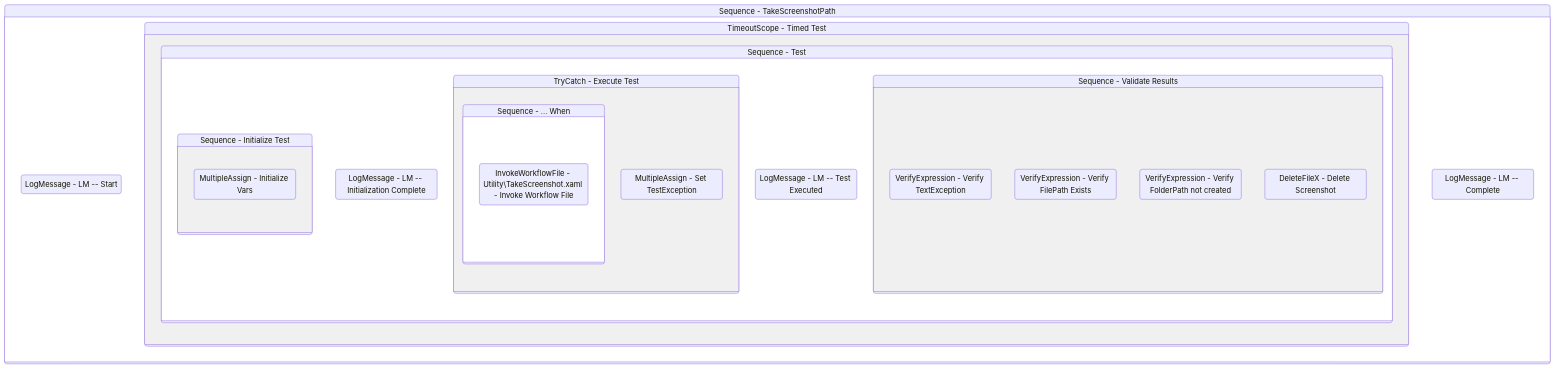
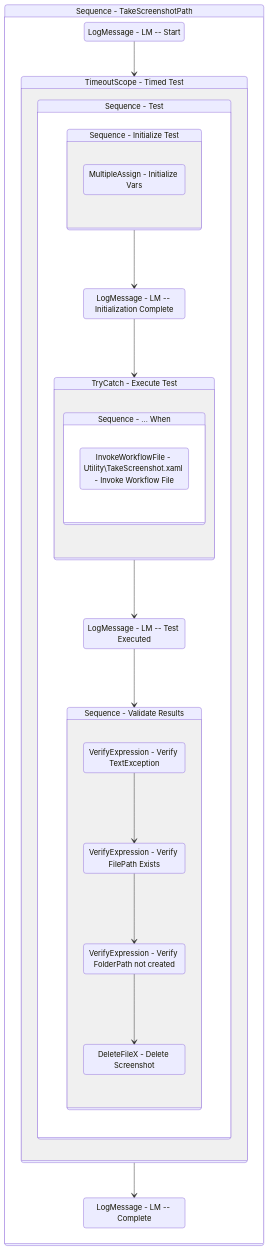
The diagram in Documentation/Tests/Utility/TakeScreenshot/TakeScreenshotPath.md (yashbrahmbhatt/LazyFramework), drawn with Mermaid before and after one commit. The commit also changed 78 other files, not shown here.

Commit message:
added handling of ifs in autodocs mermaid

````diff
--- a/Documentation/Tests/Utility/TakeScreenshot/TakeScreenshotPath.md
+++ b/Documentation/Tests/Utility/TakeScreenshot/TakeScreenshotPath.md
@@ -139,50 +139,55 @@
 ```mermaid
 stateDiagram-v2
 
 
 Sequence_1: Sequence - TakeScreenshotPath
 state Sequence_1 {
 direction TB
 LogMessage_1 : LogMessage - LM -- Start
-
+LogMessage_1 --> TimeoutScope_1
 TimeoutScope_1: TimeoutScope - Timed Test
 state TimeoutScope_1 {
 direction TB
 
 Sequence_5: Sequence - Test
 state Sequence_5 {
 direction TB
 
 Sequence_2: Sequence - Initialize Test
 state Sequence_2 {
 direction TB
 MultipleAssign_2 : MultipleAssign - Initialize Vars
 }
 LogMessage_2 : LogMessage - LM -- Initialization Complete
-
+Sequence_2 --> LogMessage_2
+LogMessage_2 --> TryCatch_1
 TryCatch_1: TryCatch - Execute Test
 state TryCatch_1 {
 direction TB
 
 Sequence_3: Sequence - ... When
 state Sequence_3 {
 direction TB
 InvokeWorkflowFile_1 : InvokeWorkflowFile - Utility\\TakeScreenshot.xaml - Invoke Workflow File
 }
-MultipleAssign_1 : MultipleAssign - Set TestException
 }
 LogMessage_3 : LogMessage - LM -- Test Executed
-
+TryCatch_1 --> LogMessage_3
+LogMessage_3 --> Sequence_4
 Sequence_4: Sequence - Validate Results
 state Sequence_4 {
 direction TB
 VerifyExpression_5 : VerifyExpression - Verify TextException
 VerifyExpression_6 : VerifyExpression - Verify FilePath Exists
+VerifyExpression_5 --> VerifyExpression_6
 VerifyExpression_7 : VerifyExpression - Verify FolderPath not created
+VerifyExpression_6 --> VerifyExpression_7
 DeleteFileX_1 : DeleteFileX - Delete Screenshot
+VerifyExpression_7 --> DeleteFileX_1
 }
 }
 }
 LogMessage_4 : LogMessage - LM -- Complete
+TimeoutScope_1 --> LogMessage_4
 }
 ```
````
